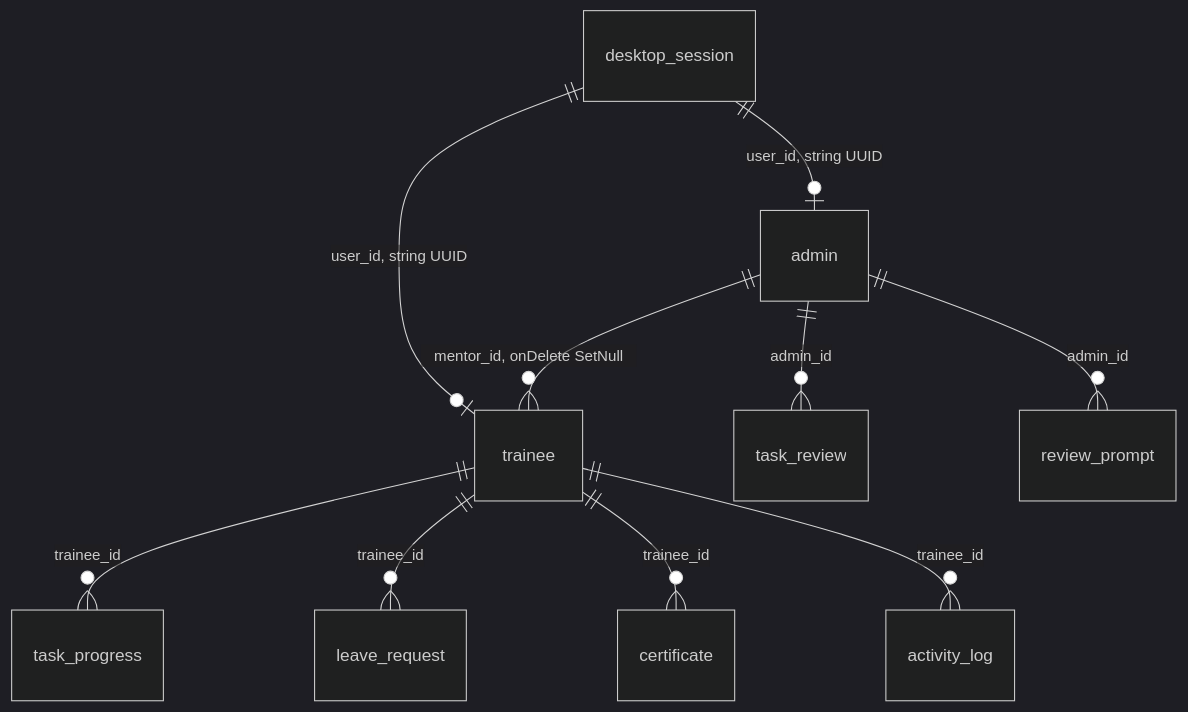
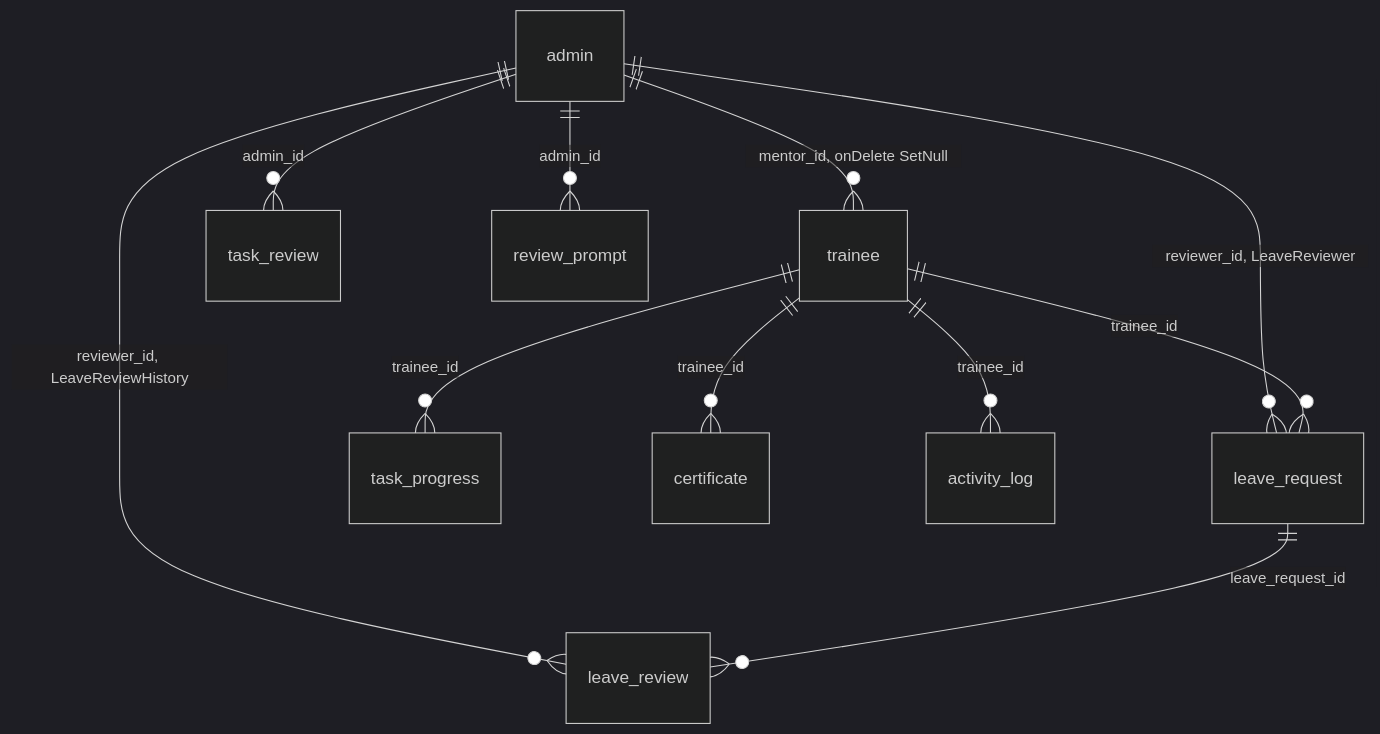
One commit to anjal-vonnue/vinkup-electron changed the second of 2 diagrams in docs/desktop/users.md. Above: the diagram before and after it, drawn with Mermaid (dark theme). The commit also changed other lines of this file, not shown here.

````diff
--- a/docs/desktop/users.md
+++ b/docs/desktop/users.md
@@ -300,12 +310,13 @@
 ```mermaid
 erDiagram
   admin ||--o{ trainee : "mentor_id, onDelete SetNull"
   admin ||--o{ task_review : "admin_id"
   admin ||--o{ review_prompt : "admin_id"
+  admin ||--o{ leave_request : "reviewer_id, LeaveReviewer"
+  admin ||--o{ leave_review : "reviewer_id, LeaveReviewHistory"
+  leave_request ||--o{ leave_review : "leave_request_id"
   trainee ||--o{ task_progress : "trainee_id"
   trainee ||--o{ leave_request : "trainee_id"
   trainee ||--o{ certificate : "trainee_id"
   trainee ||--o{ activity_log : "trainee_id"
-  desktop_session ||--o| admin : "user_id, string UUID"
-  desktop_session ||--o| trainee : "user_id, string UUID"
 ```
````
